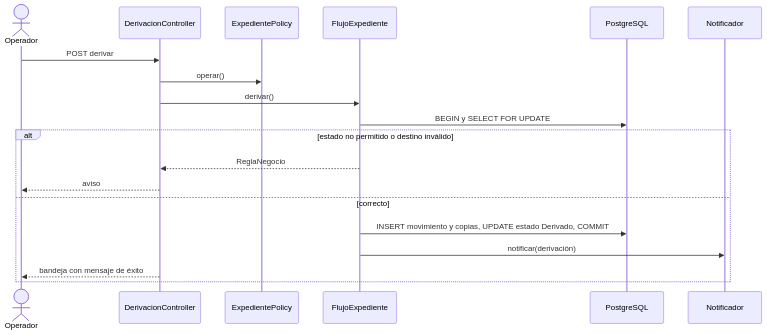
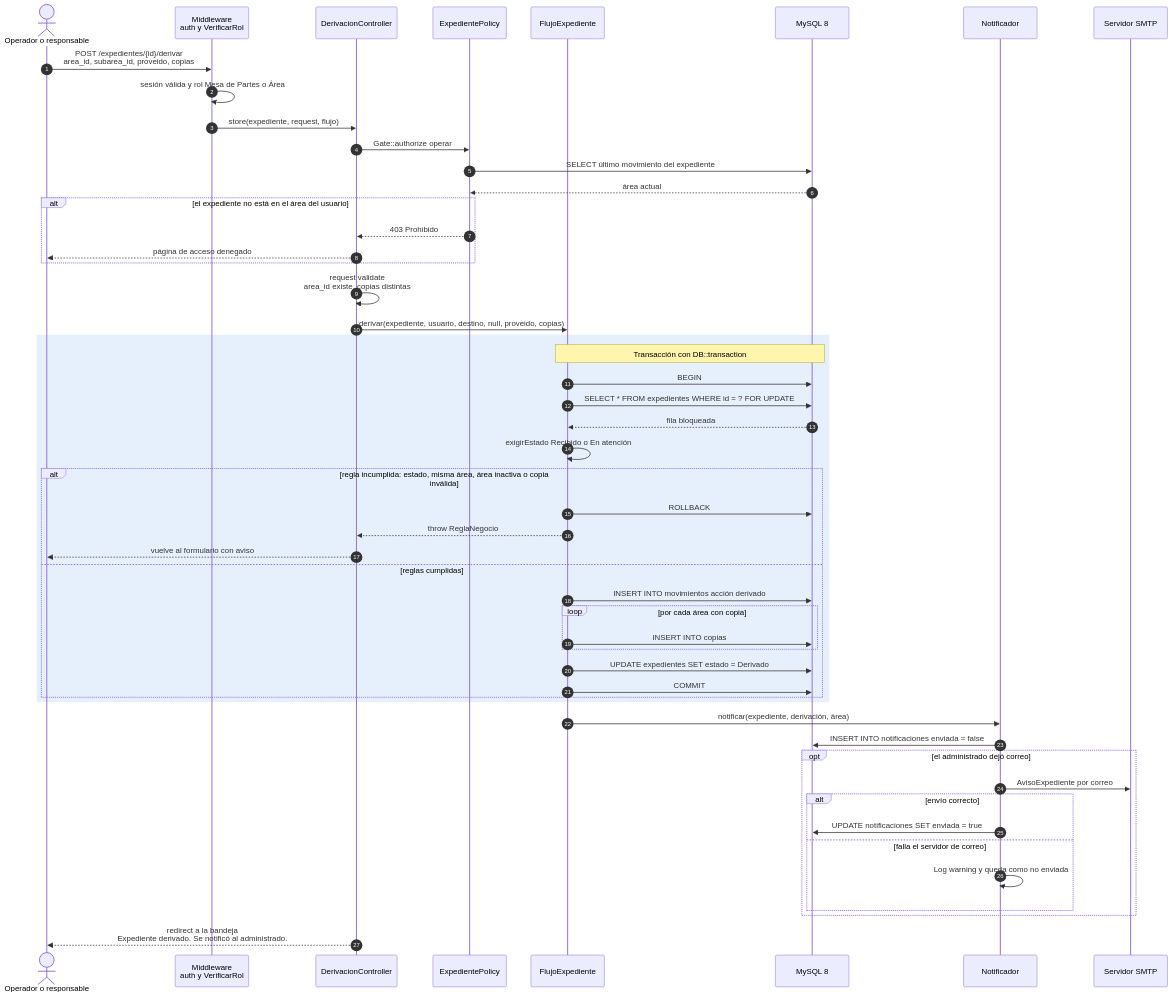
Before and after one commit to Yunfer2000/MesaPartes-arquitSoft: the second of 2 diagrams in docs/04-modelo-c4/Nivel4-Diagrama-de-Codigo.md, drawn with Mermaid. The commit also changed other lines of this file and 12 other files, not shown here.

Commit message:
Sprint 1: MySQL en lugar de PostgreSQL, README por sprints y diagramas detallados

````diff
--- a/docs/04-modelo-c4/Nivel4-Diagrama-de-Codigo.md
+++ b/docs/04-modelo-c4/Nivel4-Diagrama-de-Codigo.md
@@ -82,21 +141,55 @@
 ```mermaid
 sequenceDiagram
-    actor Op as Operador
+    autonumber
+    actor Op as Operador o responsable
+    participant MW as Middleware<br/>auth y VerificarRol
     participant C as DerivacionController
     participant P as ExpedientePolicy
     participant F as FlujoExpediente
-    participant DB as PostgreSQL
+    participant DB as MySQL 8
     participant N as Notificador
-    Op->>C: POST derivar
-    C->>P: operar()
-    C->>F: derivar()
-    F->>DB: BEGIN y SELECT FOR UPDATE
-    alt estado no permitido o destino inválido
-        F-->>C: ReglaNegocio
-        C-->>Op: aviso
-    else correcto
-        F->>DB: INSERT movimiento y copias, UPDATE estado Derivado, COMMIT
-        F->>N: notificar(derivación)
-        C-->>Op: bandeja con mensaje de éxito
+    participant SMTP as Servidor SMTP
+
+    Op->>MW: POST /expedientes/{id}/derivar<br/>area_id, subarea_id, proveido, copias
+    MW->>MW: sesión válida y rol Mesa de Partes o Área
+    MW->>C: store(expediente, request, flujo)
+    C->>P: Gate::authorize operar
+    P->>DB: SELECT último movimiento del expediente
+    DB-->>P: área actual
+    alt el expediente no está en el área del usuario
+        P-->>C: 403 Prohibido
+        C-->>Op: página de acceso denegado
     end
+    C->>C: request validate<br/>area_id existe, copias distintas
+    C->>F: derivar(expediente, usuario, destino, null, proveido, copias)
+    rect rgb(230, 240, 252)
+        Note over F,DB: Transacción con DB::transaction
+        F->>DB: BEGIN
+        F->>DB: SELECT * FROM expedientes WHERE id = ? FOR UPDATE
+        DB-->>F: fila bloqueada
+        F->>F: exigirEstado Recibido o En atención
+        alt regla incumplida: estado, misma área, área inactiva o copia inválida
+            F->>DB: ROLLBACK
+            F-->>C: throw ReglaNegocio
+            C-->>Op: vuelve al formulario con aviso
+        else reglas cumplidas
+            F->>DB: INSERT INTO movimientos acción derivado
+            loop por cada área con copia
+                F->>DB: INSERT INTO copias
+            end
+            F->>DB: UPDATE expedientes SET estado = Derivado
+            F->>DB: COMMIT
+        end
+    end
+    F->>N: notificar(expediente, derivación, área)
+    N->>DB: INSERT INTO notificaciones enviada = false
+    opt el administrado dejó correo
+        N->>SMTP: AvisoExpediente por correo
+        alt envío correcto
+            N->>DB: UPDATE notificaciones SET enviada = true
+        else falla el servidor de correo
+            N->>N: Log warning y queda como no enviada
+        end
+    end
+    C-->>Op: redirect a la bandeja<br/>Expediente derivado. Se notificó al administrado.
 ```
````
